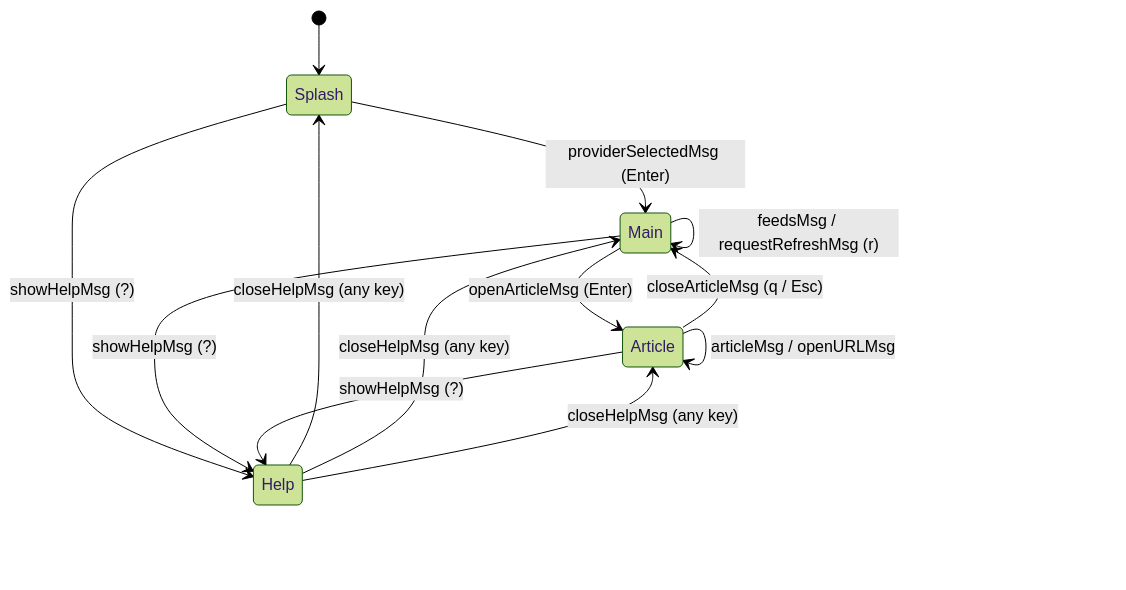
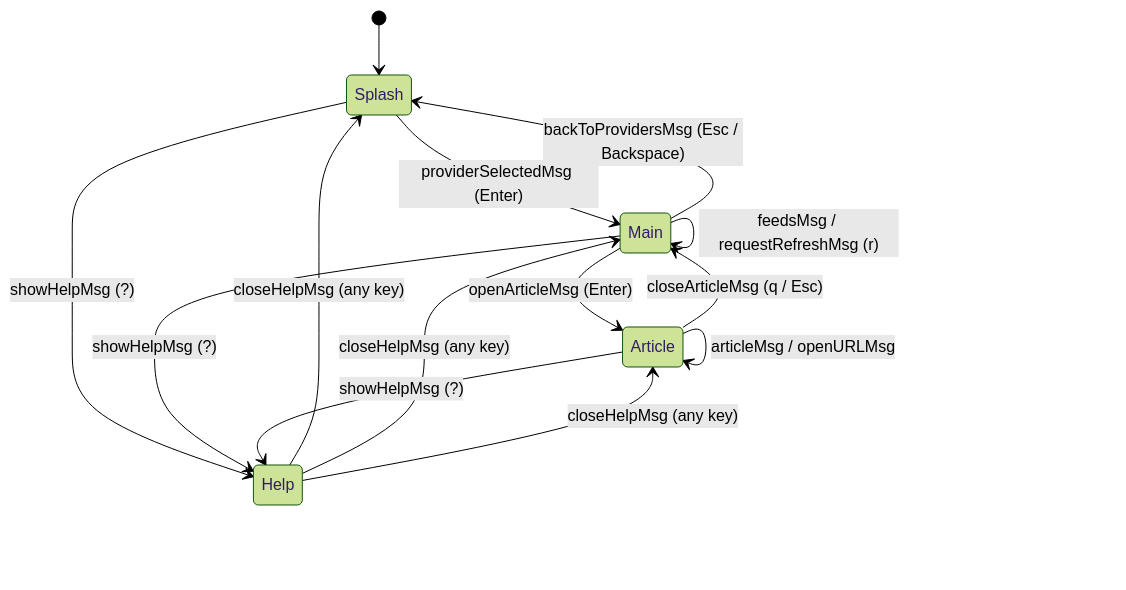
Before and after one commit to kralkapoor/knews: the eighth of 8 diagrams in ARCHITECTURE.md, drawn with Mermaid (forest theme). The commit also changed other lines of this file and 15 other files, not shown here.

````diff
--- a/ARCHITECTURE.md
+++ b/ARCHITECTURE.md
@@ -356,18 +364,19 @@
 ```mermaid
 stateDiagram-v2
     [*] --> Splash
 
     Splash --> Main : providerSelectedMsg (Enter)
+    Main --> Splash : backToProvidersMsg (Esc / Backspace)
     Main --> Article : openArticleMsg (Enter)
     Article --> Main : closeArticleMsg (q / Esc)
 
     Splash --> Help : showHelpMsg (?)
     Main --> Help : showHelpMsg (?)
     Article --> Help : showHelpMsg (?)
     Help --> Splash : closeHelpMsg (any key)
     Help --> Main : closeHelpMsg (any key)
     Help --> Article : closeHelpMsg (any key)
 
     Main --> Main : feedsMsg / requestRefreshMsg (r)
     Article --> Article : articleMsg / openURLMsg
 ```
````
